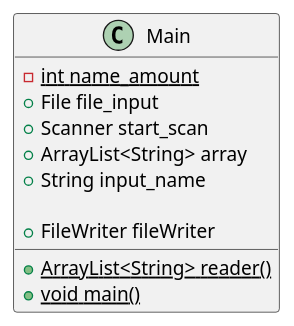
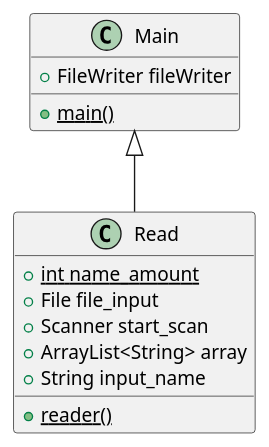
One commit to salamander5777/Gilday-cop3330-assignment3 changed the diagram in src/main/java/ex41/ex41Diagram.puml. Above: the diagram before and after it, drawn with PlantUML. The commit also changed 19 other files, not shown here.

```diff
--- a/src/main/java/ex41/ex41Diagram.puml
+++ b/src/main/java/ex41/ex41Diagram.puml
@@ -1,18 +1,23 @@
 @startuml
 'https://plantuml.com/class-diagram
 
 class Main
+class Read
 
-class Main {
-    {static} -int name_amount
+Main <|-- Read
+
+class Read {
+    {static} +int name_amount
     +File file_input
     +Scanner start_scan
     +ArrayList<String> array
     +String input_name
+    {static} +reader()
+}
 
+class Main {
     +FileWriter fileWriter
-    {static} +ArrayList<String> reader()
-    {static} +void main()
+    {static} +main()
 }
 
 @enduml
```
